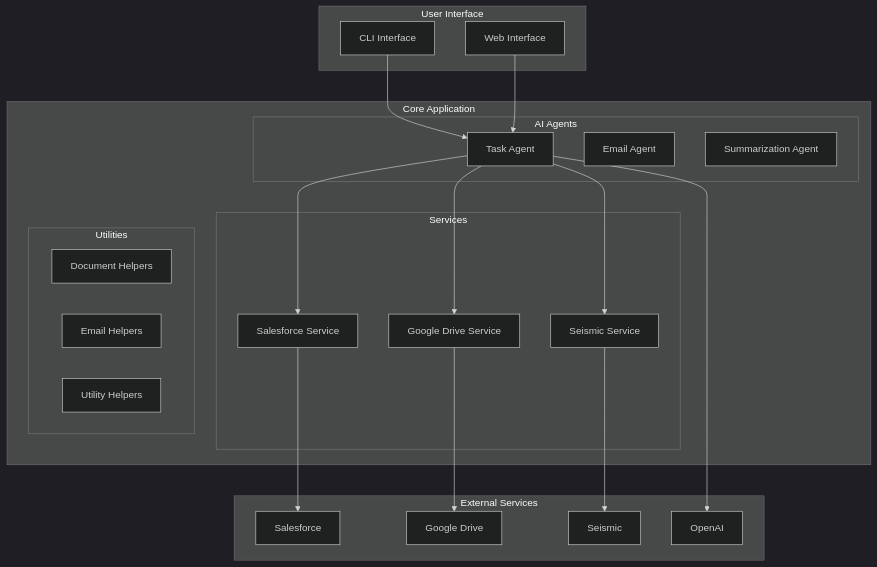
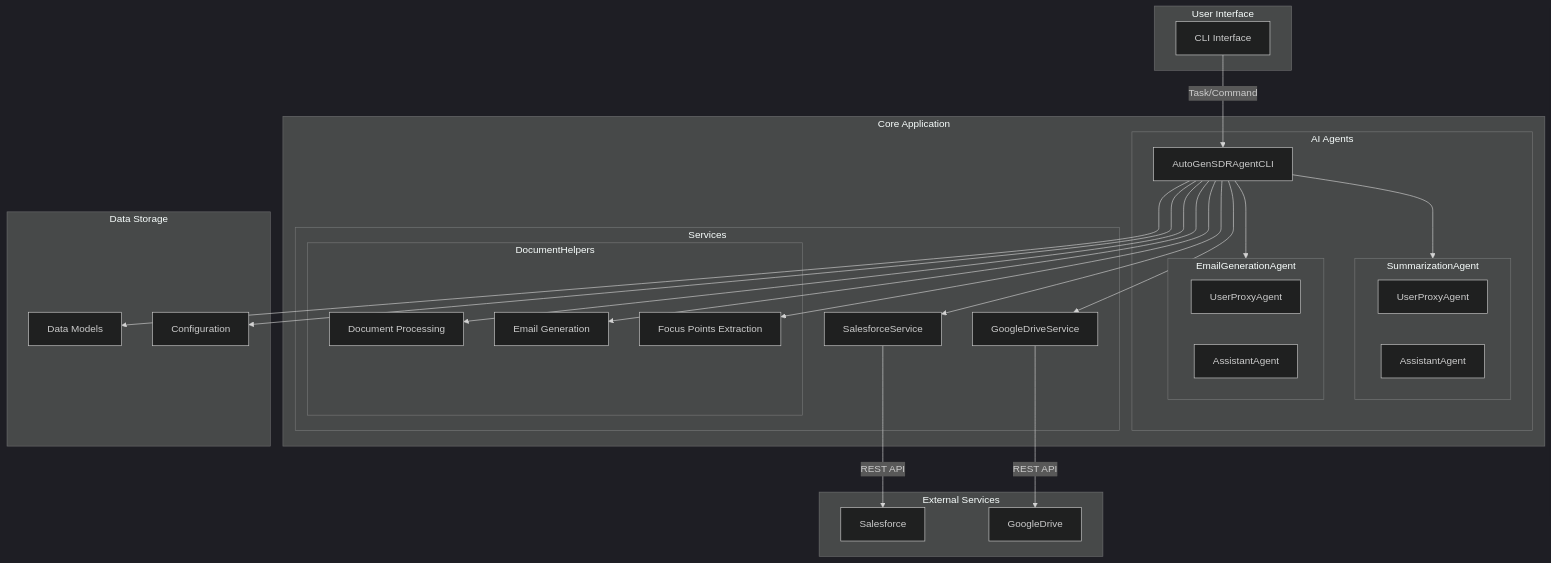
The first of 2 diagrams in README.md (nenavathsuresh/Autogen), drawn with Mermaid (dark theme) before and after one commit. The commit also changed other lines of this file, not shown here.

````diff
--- a/README.md
+++ b/README.md
@@ -307,44 +86,54 @@
 ```mermaid
-graph TB
-    subgraph "User Interface"
+graph TD
+    subgraph User Interface
         CLI[CLI Interface]
-        WEB[Web Interface]
     end
 
-    subgraph "Core Application"
-        subgraph "AI Agents"
-            TA[Task Agent]
-            EA[Email Agent]
-            SA[Summarization Agent]
+    subgraph Core Application
+        CLI -->|Task/Command| AutoGenSDRAgentCLI
+        
+        subgraph AI Agents
+            AutoGenSDRAgentCLI --> SummarizationAgent
+            AutoGenSDRAgentCLI --> EmailGenerationAgent
+            
+            subgraph SummarizationAgent
+                SummaryUserProxy[UserProxyAgent]
+                SummaryAssistant[AssistantAgent]
+            end
+            
+            subgraph EmailGenerationAgent
+                EmailUserProxy[UserProxyAgent]
+                EmailAssistant[AssistantAgent]
+            end
         end
         
-        subgraph "Services"
-            SS[Salesforce Service]
-            GS[Google Drive Service]
-            SES[Seismic Service]
-        end
-        
-        subgraph "Utilities"
-            DH[Document Helpers]
-            EH[Email Helpers]
-            UH[Utility Helpers]
+        subgraph Services
+            AutoGenSDRAgentCLI --> SalesforceService
+            AutoGenSDRAgentCLI --> GoogleDriveService
+            
+            subgraph DocumentHelpers
+                DocumentProcessing[Document Processing]
+                EmailGeneration[Email Generation]
+                FocusExtraction[Focus Points Extraction]
+            end
         end
     end
-
-    subgraph "External Services"
-        SF[Salesforce]
-        GD[Google Drive]
-        SE[Seismic]
-        OAI[OpenAI]
+    
+    subgraph External Services
+        SalesforceService -->|REST API| Salesforce
+        GoogleDriveService -->|REST API| GoogleDrive
     end
-
-    CLI --> TA
-    WEB --> TA
-    TA --> SS
-    TA --> GS
-    TA --> SES
-    SS --> SF
-    GS --> GD
-    SES --> SE
-    TA --> OAI
+    
+    subgraph Data Storage
+        Models[Data Models]
+        Config[Configuration]
+    end
+    
+    AutoGenSDRAgentCLI --> Models
+    AutoGenSDRAgentCLI --> Config
+    
+    %% Document Helpers interactions
+    AutoGenSDRAgentCLI --> DocumentProcessing
+    AutoGenSDRAgentCLI --> EmailGeneration
+    AutoGenSDRAgentCLI --> FocusExtraction
 ```
````
